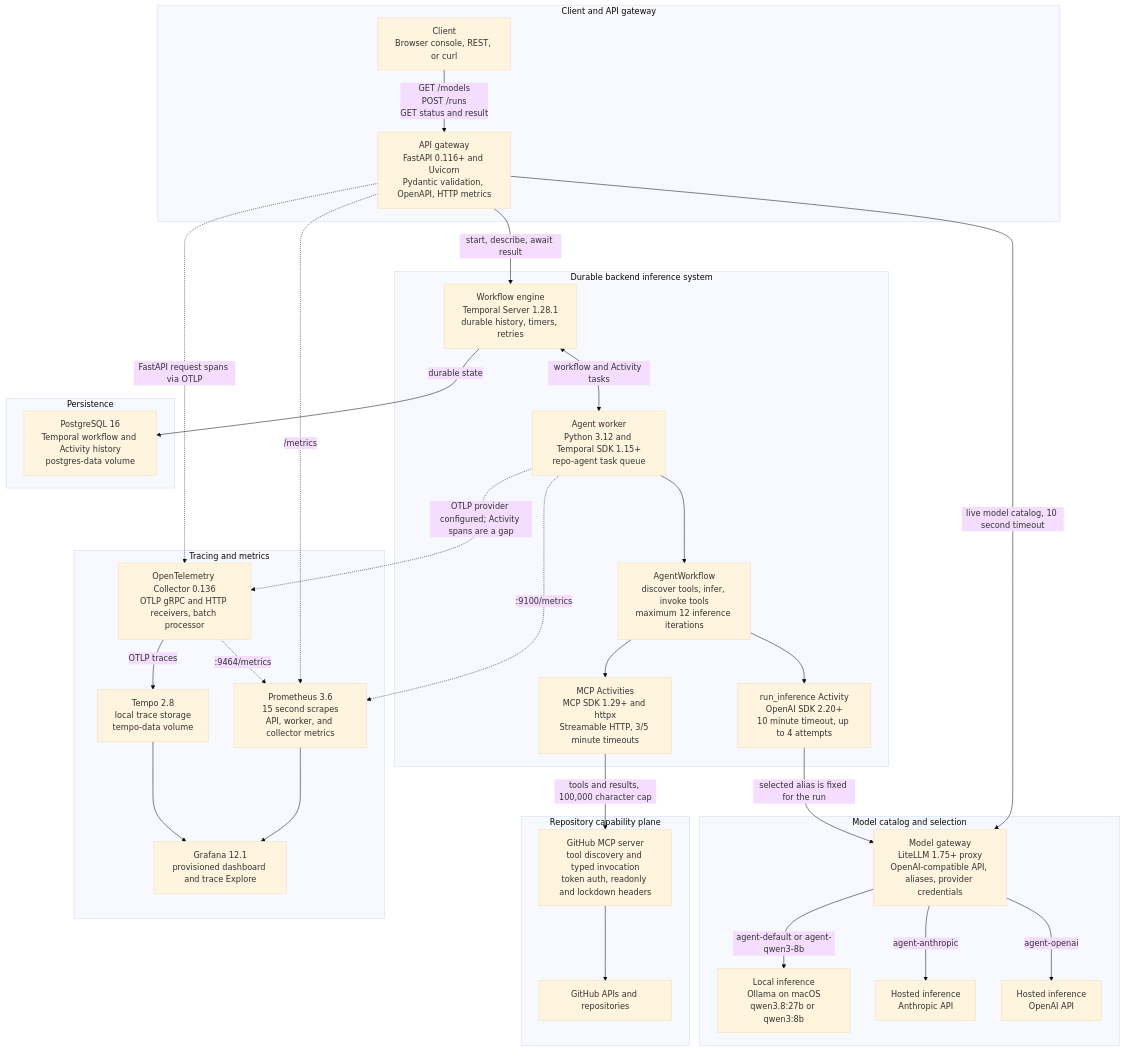
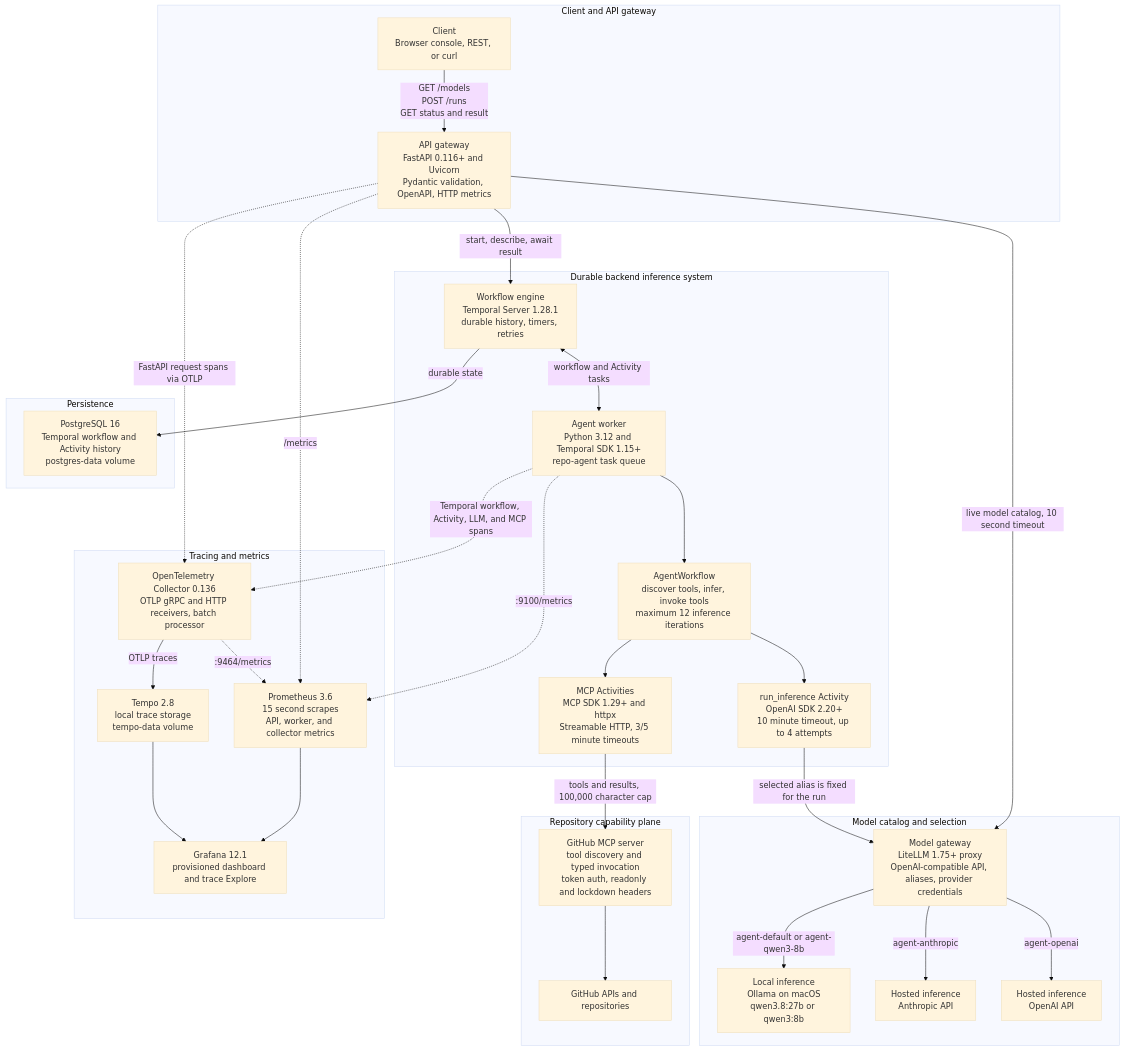
Before and after one commit to zyan8808/repo_agent: the diagram in README.md, drawn with Mermaid (base theme). The commit also changed 9 other files, not shown here.

````diff
--- a/README.md
+++ b/README.md
@@ -25,64 +25,64 @@
 ```mermaid
 flowchart TB
 	subgraph edge["Client and API gateway"]
 		Client["Client<br/>Browser console, REST, or curl"]
 		API["API gateway<br/>FastAPI 0.116+ and Uvicorn<br/>Pydantic validation, OpenAPI, HTTP metrics"]
 		Client -->|"GET /models<br/>POST /runs<br/>GET status and result"| API
 	end
 
 	subgraph backend["Durable backend inference system"]
 		Temporal["Workflow engine<br/>Temporal Server 1.28.1<br/>durable history, timers, retries"]
 		Worker["Agent worker<br/>Python 3.12 and Temporal SDK 1.15+<br/>repo-agent task queue"]
 		Loop["AgentWorkflow<br/>discover tools, infer, invoke tools<br/>maximum 12 inference iterations"]
 		Infer["run_inference Activity<br/>OpenAI SDK 2.20+<br/>10 minute timeout, up to 4 attempts"]
 		MCP["MCP Activities<br/>MCP SDK 1.29+ and httpx<br/>Streamable HTTP, 3/5 minute timeouts"]
 
 		Temporal <-->|"workflow and Activity tasks"| Worker
 		Worker --> Loop
 		Loop --> Infer
 		Loop --> MCP
 	end
 
 	subgraph models["Model catalog and selection"]
 		LiteLLM["Model gateway<br/>LiteLLM 1.75+ proxy<br/>OpenAI-compatible API, aliases, provider credentials"]
 		Ollama["Local inference<br/>Ollama on macOS<br/>qwen3.8:27b or qwen3:8b"]
 		Anthropic["Hosted inference<br/>Anthropic API"]
 		OpenAI["Hosted inference<br/>OpenAI API"]
 
 		LiteLLM -->|"agent-default or agent-qwen3-8b"| Ollama
 		LiteLLM -->|"agent-anthropic"| Anthropic
 		LiteLLM -->|"agent-openai"| OpenAI
 	end
 
 	subgraph tools["Repository capability plane"]
 		GitHubMCP["GitHub MCP server<br/>tool discovery and typed invocation<br/>token auth, readonly and lockdown headers"]
 		GitHub["GitHub APIs and repositories"]
 		GitHubMCP --> GitHub
 	end
 
 	subgraph data["Persistence"]
 		Postgres["PostgreSQL 16<br/>Temporal workflow and Activity history<br/>postgres-data volume"]
 	end
 
 	subgraph observe["Tracing and metrics"]
 		Collector["OpenTelemetry Collector 0.136<br/>OTLP gRPC and HTTP receivers, batch processor"]
 		Prometheus["Prometheus 3.6<br/>15 second scrapes<br/>API, worker, and collector metrics"]
 		Tempo["Tempo 2.8<br/>local trace storage<br/>tempo-data volume"]
 		Grafana["Grafana 12.1<br/>provisioned dashboard and trace Explore"]
 
 		Collector -->|"OTLP traces"| Tempo
 		Prometheus --> Grafana
 		Tempo --> Grafana
 	end
 
 	API -->|"start, describe, await result"| Temporal
 	API -->|"live model catalog, 10 second timeout"| LiteLLM
 	Infer -->|"selected alias is fixed for the run"| LiteLLM
 	MCP -->|"tools and results, 100,000 character cap"| GitHubMCP
 	Temporal -->|"durable state"| Postgres
 	API -.->|"FastAPI request spans via OTLP"| Collector
-	Worker -.->|"OTLP provider configured; Activity spans are a gap"| Collector
+	Worker -.->|"Temporal workflow, Activity, LLM, and MCP spans"| Collector
 	API -.->|"/metrics"| Prometheus
 	Worker -.->|":9100/metrics"| Prometheus
 	Collector -.->|":9464/metrics"| Prometheus
 ```
````
